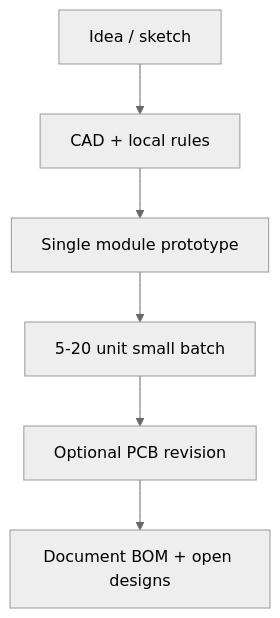
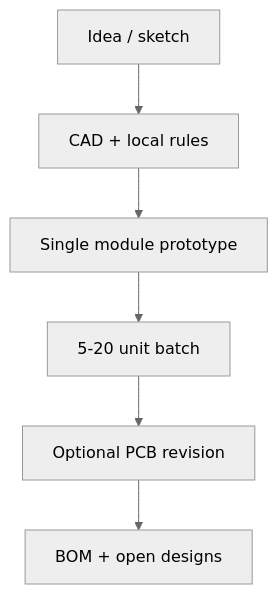
The diagram in content/manufacturing.mdx (caretak3r/self-assembly-lab), drawn with Mermaid (neutral theme) before and after one commit. The commit also changed 5 other files, not shown here.

First line of the commit message:
Simplify Mermaid diagrams for ASCII-safe Mermaid 11 labels

````diff
--- a/content/manufacturing.mdx
+++ b/content/manufacturing.mdx
@@ -11,8 +11,8 @@
 ```mermaid
 flowchart TD
-  A["Idea / sketch"] --> B["CAD + local rules"]
-  B --> C["Single module prototype"]
-  C --> D["5-20 unit small batch"]
-  D --> E["Optional PCB revision"]
-  E --> F["Document BOM + open designs"]
+  A[Idea / sketch] --> B[CAD + local rules]
+  B --> C[Single module prototype]
+  C --> D[5-20 unit batch]
+  D --> E[Optional PCB revision]
+  E --> F[BOM + open designs]
 ```
````
